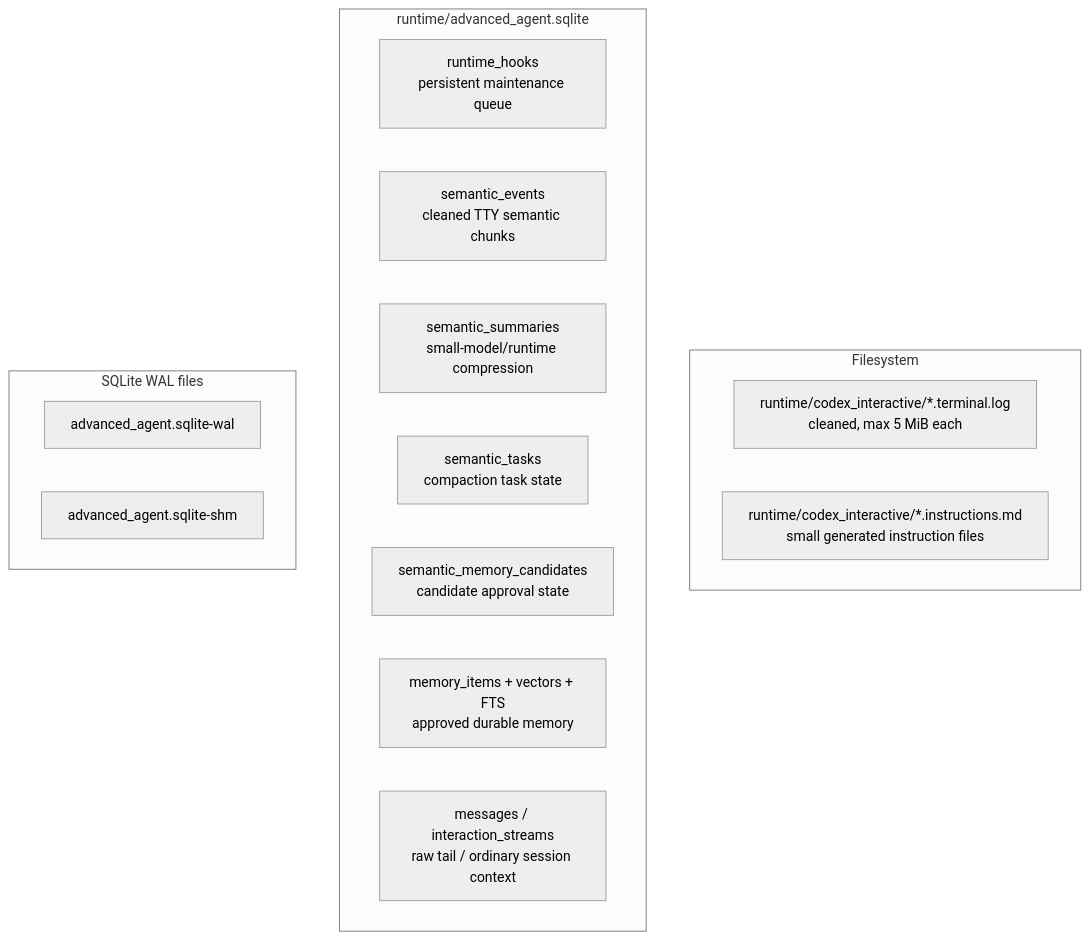
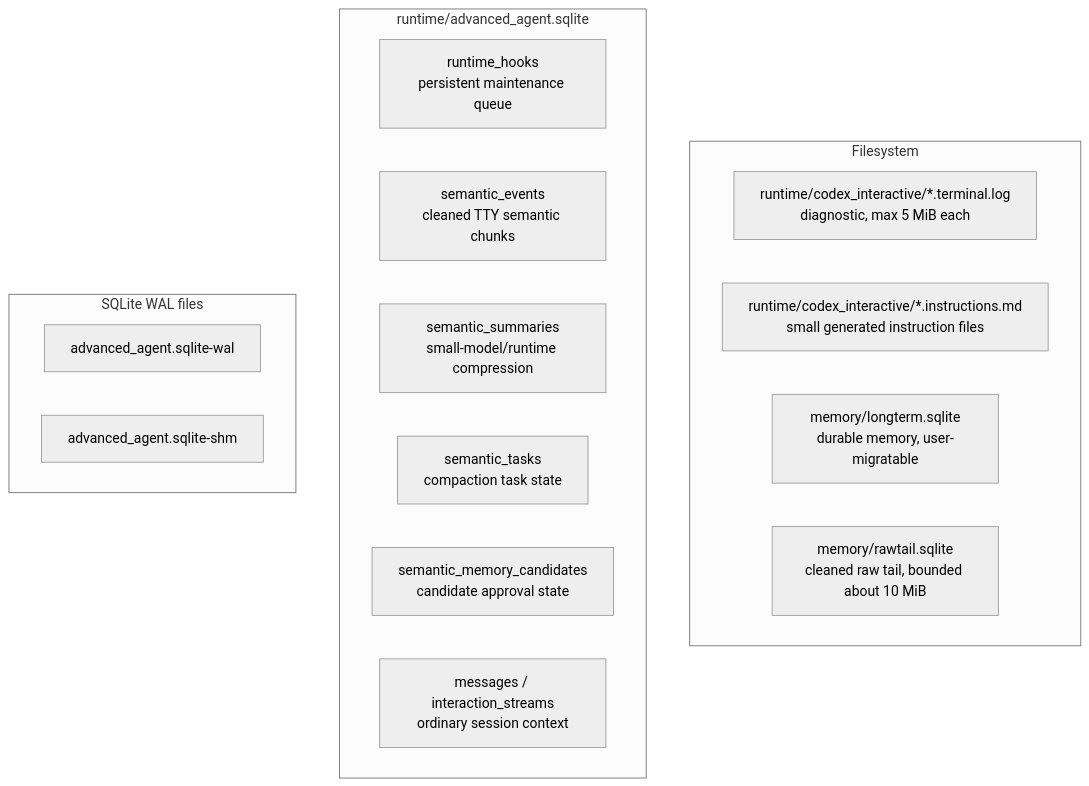
The second of 6 diagrams in docs/codexx_runtime_architecture.md (limolin234/codexx), drawn with Mermaid (neutral theme) before and after one commit. The commit also changed other lines of this file and 19 other files, not shown here.

Commit message:
Split durable memory from runtime state

````diff
--- a/docs/codexx_runtime_architecture.md
+++ b/docs/codexx_runtime_architecture.md
@@ -37,22 +39,23 @@
 ```mermaid
 flowchart TB
   subgraph Files[Filesystem]
-    LOGS[runtime/codex_interactive/*.terminal.log<br/>cleaned, max 5 MiB each]
+    LOGS[runtime/codex_interactive/*.terminal.log<br/>diagnostic, max 5 MiB each]
     INSTR[runtime/codex_interactive/*.instructions.md<br/>small generated instruction files]
+    MEMDB[memory/longterm.sqlite<br/>durable memory, user-migratable]
+    RAWDB[memory/rawtail.sqlite<br/>cleaned raw tail, bounded about 10 MiB]
   end
 
   subgraph SQLite[runtime/advanced_agent.sqlite]
     HOOKS[runtime_hooks<br/>persistent maintenance queue]
     EVENTS[semantic_events<br/>cleaned TTY semantic chunks]
     SUMS[semantic_summaries<br/>small-model/runtime compression]
     TASKS[semantic_tasks<br/>compaction task state]
     CANDS[semantic_memory_candidates<br/>candidate approval state]
-    MEM[memory_items + vectors + FTS<br/>approved durable memory]
-    MSG[messages / interaction_streams<br/>raw tail / ordinary session context]
+    MSG[messages / interaction_streams<br/>ordinary session context]
   end
 
   subgraph WAL[SQLite WAL files]
     WALF[advanced_agent.sqlite-wal]
     SHM[advanced_agent.sqlite-shm]
   end
 ```
````
